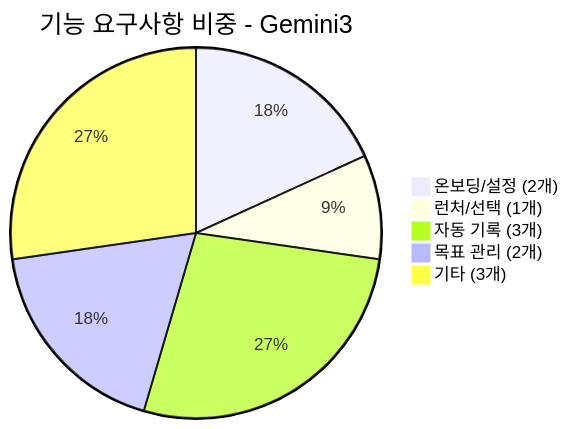
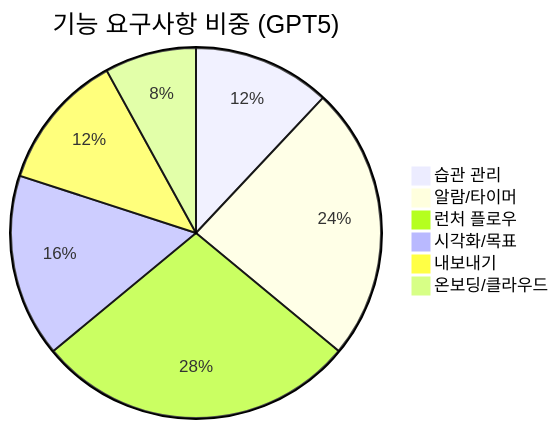
Before and after one commit to lindaleeeee/Digital-minimalist-project-Self-development: the third of 7 diagrams in Digital-minimalist-project_Self-development/5-3.SRS-GPT5-GEMINI3비교.md, drawn with Mermaid. The commit also changed other lines of this file and 63 other files, not shown here.

````diff
--- a/Digital-minimalist-project_Self-development/5-3.SRS-GPT5-GEMINI3비교.md
+++ b/Digital-minimalist-project_Self-development/5-3.SRS-GPT5-GEMINI3비교.md
@@ -116,8 +109,9 @@
 ```mermaid
-pie title 기능 요구사항 비중 - Gemini3
-    "온보딩/설정 (2개)" : 18.2
-    "런처/선택 (1개)" : 9.1
-    "자동 기록 (3개)" : 27.3
-    "목표 관리 (2개)" : 18.2
-    "기타 (3개)" : 27.3
+pie title 기능 요구사항 비중 (GPT5)
+"습관 관리" : 3
+"알람/타이머" : 6
+"런처 플로우" : 7
+"시각화/목표" : 4
+"내보내기" : 3
+"온보딩/클라우드" : 2
 ```
````
